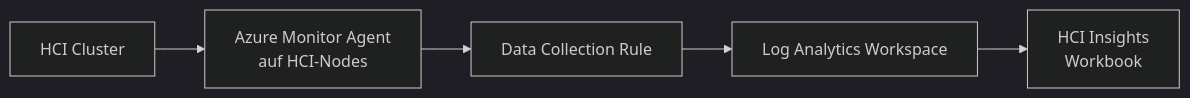
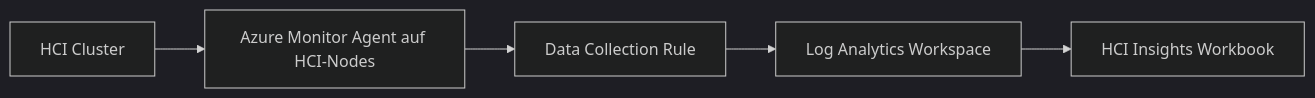
The sixth of 6 diagrams in Microsoft 365/Azure/Arc/Azure Stack HCI.md (SoniiiT/notes-n-docs), drawn with Mermaid (dark theme) before and after one commit. The commit also changed other lines of this file and 124 other files, not shown here.

First line of the commit message:
fix: Entferne \n aus allen Mermaid-Diagrammen (125 Dateien)

````diff
--- a/Microsoft 365/Azure/Arc/Azure Stack HCI.md
+++ b/Microsoft 365/Azure/Arc/Azure Stack HCI.md
@@ -266,13 +266,13 @@
 ```mermaid
 graph LR
     HCI[HCI Cluster]
-    AMA[Azure Monitor Agent\nauf HCI-Nodes]
+    AMA[Azure Monitor Agent auf HCI-Nodes]
     DCR[Data Collection Rule]
     LAW[Log Analytics Workspace]
-    INSIGHTS[HCI Insights\nWorkbook]
+    INSIGHTS[HCI Insights Workbook]
 
     HCI --> AMA
     AMA --> DCR
     DCR --> LAW
     LAW --> INSIGHTS
 ```
````
